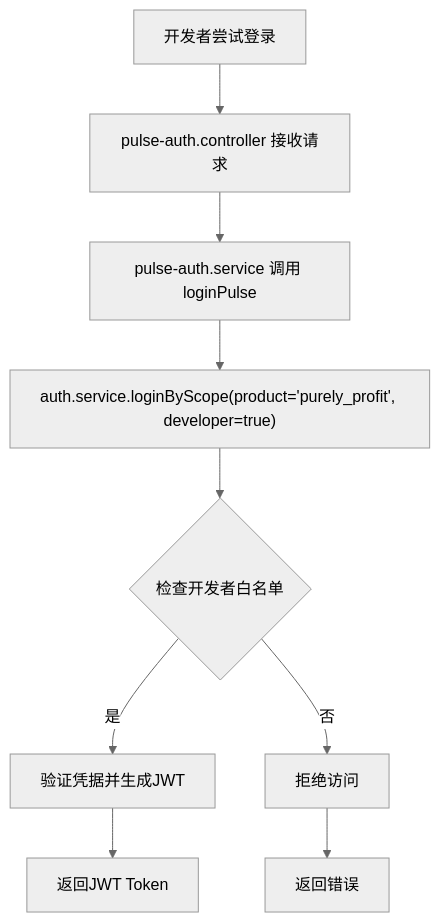
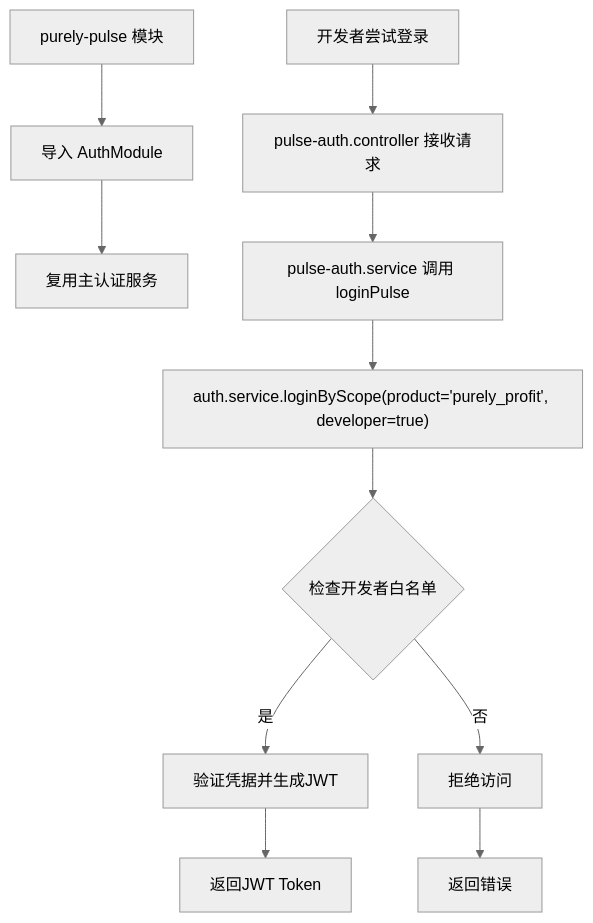
One commit to rc558620/purelyprofit-server changed the ninth of 12 diagrams in .qoder/repowiki/zh/content/认证授权系统/认证授权系统.md. Above: the diagram before and after it, drawn with Mermaid (neutral theme). The commit also changed other lines of this file and 26 other files, not shown here.

````diff
--- a/.qoder/repowiki/zh/content/认证授权系统/认证授权系统.md
+++ b/.qoder/repowiki/zh/content/认证授权系统/认证授权系统.md
@@ -526,11 +533,13 @@
 ```mermaid
 flowchart TD
-A["开发者尝试登录"] --> B["pulse-auth.controller 接收请求"]
-B --> C["pulse-auth.service 调用 loginPulse"]
-C --> D["auth.service.loginByScope(product='purely_profit', developer=true)"]
-D --> E{"检查开发者白名单"}
-E --> |是| F["验证凭据并生成JWT"]
-E --> |否| G["拒绝访问"]
-F --> H["返回JWT Token"]
-G --> I["返回错误"]
+A["purely-pulse 模块"] --> B["导入 AuthModule"]
+B --> C["复用主认证服务"]
+D["开发者尝试登录"] --> E["pulse-auth.controller 接收请求"]
+E --> F["pulse-auth.service 调用 loginPulse"]
+F --> G["auth.service.loginByScope(product='purely_profit', developer=true)"]
+G --> H{"检查开发者白名单"}
+H --> |是| I["验证凭据并生成JWT"]
+H --> |否| J["拒绝访问"]
+I --> K["返回JWT Token"]
+J --> L["返回错误"]
 ```
````
